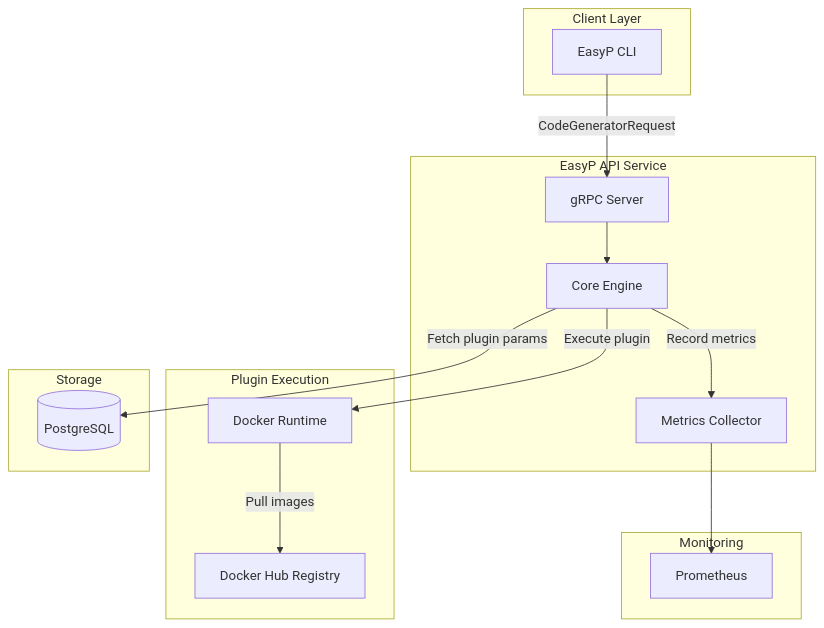
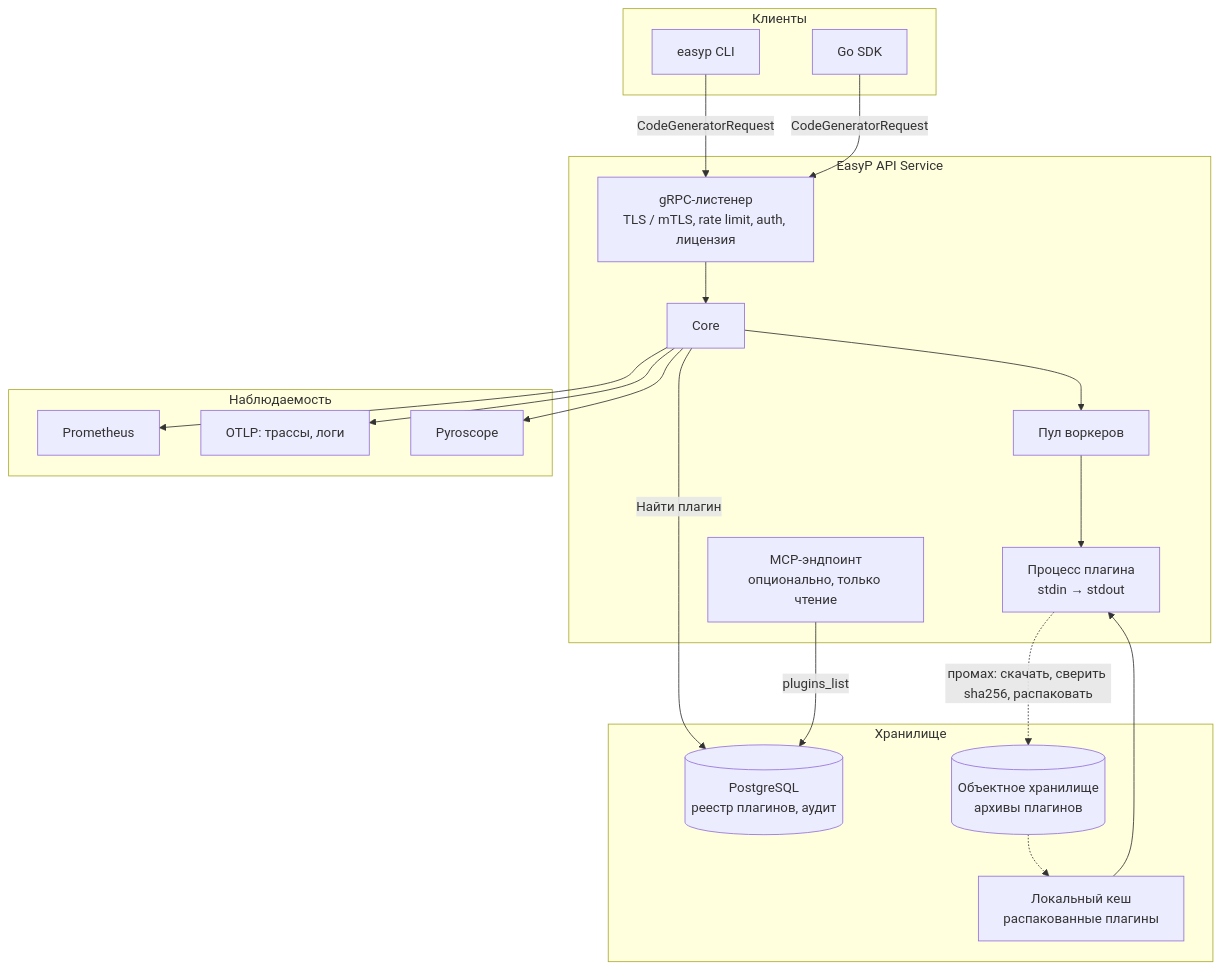
Before and after one commit to easyp-tech/docs: the first of 2 diagrams in content/docs/api-service/overview.ru.mdx, drawn with Mermaid. The commit also changed other lines of this file and 1 other file, not shown here.

First line of the commit message:
api-service: describe the service that exists, not a Docker one

````diff
--- a/content/docs/api-service/overview.ru.mdx
+++ b/content/docs/api-service/overview.ru.mdx
@@ -47,36 +44,41 @@
 ```mermaid
 graph TB
-    subgraph "Client Layer"
-        CLI[EasyP CLI]
+    subgraph "Клиенты"
+        CLI[easyp CLI]
+        SDK[Go SDK]
     end
-    
+
     subgraph "EasyP API Service"
-        GRPC[gRPC Server]
-        CORE[Core Engine]
-        METRICS[Metrics Collector]
+        GRPC[gRPC-листенер<br/>TLS / mTLS, rate limit, auth, лицензия]
+        CORE[Core]
+        POOL[Пул воркеров]
+        PLUGIN[Процесс плагина<br/>stdin → stdout]
+        MCP[MCP-эндпоинт<br/>опционально, только чтение]
     end
-    
-    subgraph "Plugin Execution"
-        DOCKER[Docker Runtime]
-        REGISTRY[Docker Hub Registry]
+
+    subgraph "Хранилище"
+        DB[(PostgreSQL<br/>реестр плагинов, аудит)]
+        S3[(Объектное хранилище<br/>архивы плагинов)]
+        CACHE[Локальный кеш<br/>распакованные плагины]
     end
-    
-    subgraph "Storage"
-        DB[(PostgreSQL)]
+
+    subgraph "Наблюдаемость"
+        PROM[Prometheus]
+        OTLP[OTLP: трассы, логи]
+        PYRO[Pyroscope]
     end
-    
-    subgraph "Monitoring"
-        PROM[Prometheus]
-    end
-    
+
     CLI -->|CodeGeneratorRequest| GRPC
+    SDK -->|CodeGeneratorRequest| GRPC
     GRPC --> CORE
-    
-    CORE -->|Fetch plugin params| DB
-    CORE -->|Execute plugin| DOCKER
-    CORE -->|Record metrics| METRICS
-    
-    DOCKER -->|Pull images| REGISTRY
-    
-    METRICS --> PROM
+    CORE -->|Найти плагин| DB
+    CORE --> POOL
+    POOL --> PLUGIN
+    PLUGIN -.->|промах: скачать, сверить sha256, распаковать| S3
+    S3 -.-> CACHE
+    CACHE --> PLUGIN
+    CORE --> PROM
+    CORE --> OTLP
+    CORE --> PYRO
+    MCP -->|plugins_list| DB
 ```
````
